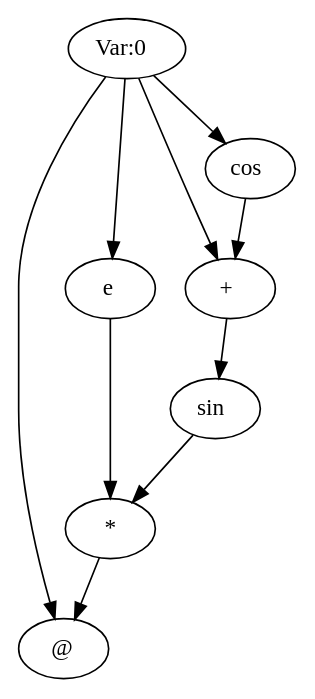
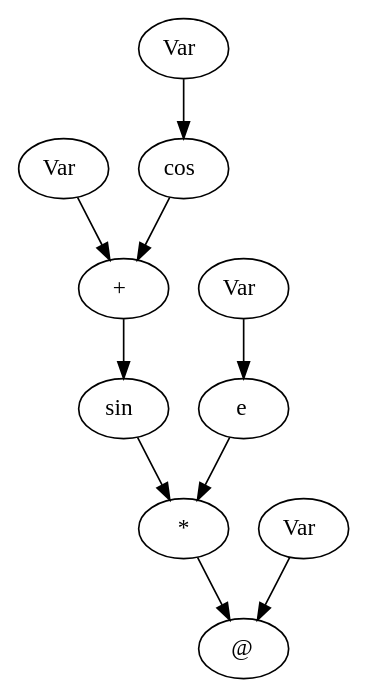
One commit to kartiksrinivas007/NABLA-Automatic-differentiation changed the diagram in Transpiler/computational_graph.dot. Above: the diagram before and after it, drawn with Graphviz. The commit also changed 4 other files, not shown here.

Commit message:
generate computational graph

```diff
--- a/Transpiler/computational_graph.dot
+++ b/Transpiler/computational_graph.dot
@@ -1,21 +1,21 @@
 digraph {
 n12[label=<@>]
 n11 -> n12
 n0 -> n12
 n11[label=<*>]
 n10 -> n11
 n7 -> n11
 n10[label=<sin>]
 n9 -> n10
 n9[label=<+>]
-n0 -> n9
+n4 -> n9
 n8 -> n9
-n0[label=<Var:4>]
+n4[label=<Var>]
 n8[label=<cos>]
-n0 -> n8
-n0[label=<Var:1>]
+n1 -> n8
+n1[label=<Var>]
 n7[label=<e>]
-n0 -> n7
-n0[label=<Var:3>]
-n0[label=<Var:0>]
+n3 -> n7
+n3[label=<Var>]
+n0[label=<Var>]
 }
```
